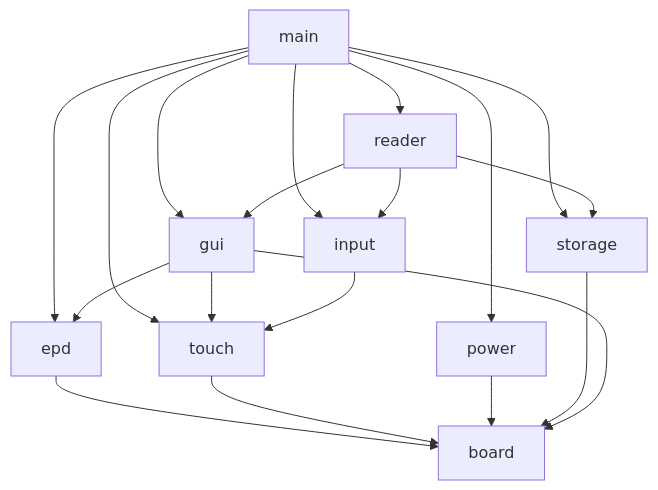
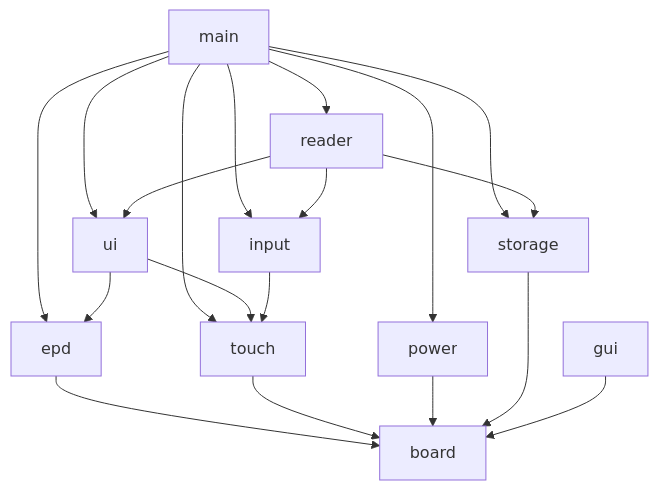
One commit to xiaobaoaaaaaa/ESPaperPlay changed the diagram in README.md. Above: the diagram before and after it, drawn with Mermaid. The commit also changed other lines of this file and 23 other files, not shown here.

````diff
--- a/README.md
+++ b/README.md
@@ -50,25 +54,25 @@
 ```mermaid
 graph TD
     main[main] --> reader[reader]
-    main --> gui[gui]
+    main --> ui[ui]
     main --> input[input]
     main --> power[power]
     main --> storage[storage]
     main --> touch[touch]
     main --> epd[epd]
 
-    reader --> gui
+    reader --> ui
     reader --> input
     reader --> storage
 
-    gui --> epd
-    gui --> touch
+    ui --> epd
+    ui --> touch
 
     input --> touch
 
     epd --> board[board]
     touch --> board
     power --> board
     storage --> board
     gui --> board
 ```
````
